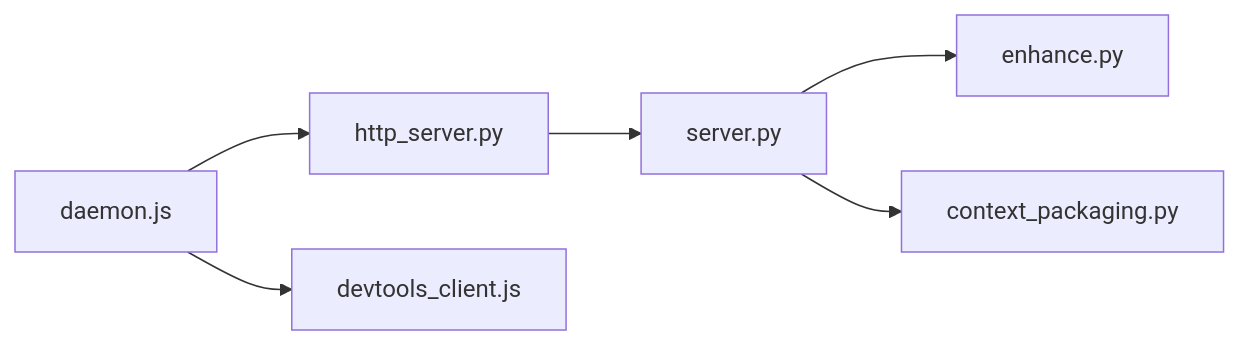
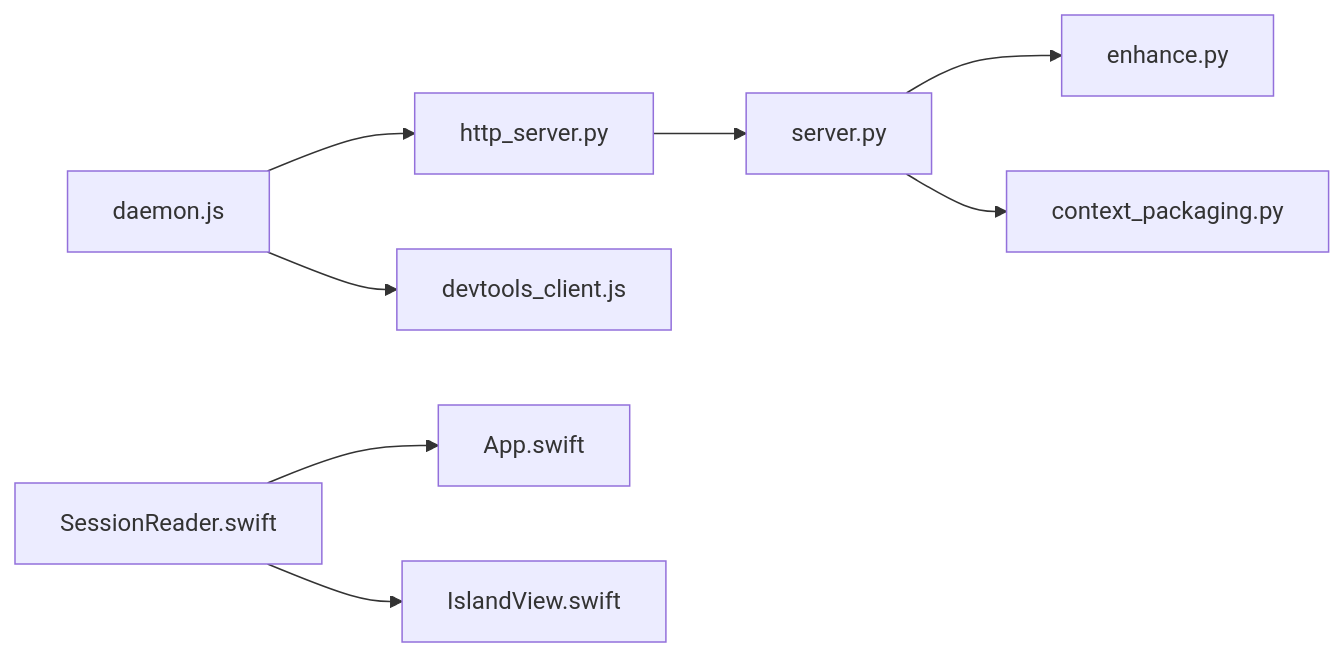
The tenth of 10 diagrams in .qoder/repowiki/zh/content/集成指南/集成指南.md (WyRainBow/PromptCocoPilot), drawn with Mermaid before and after one commit. The commit also changed other lines of this file and 134 other files, not shown here.

````diff
--- a/.qoder/repowiki/zh/content/集成指南/集成指南.md
+++ b/.qoder/repowiki/zh/content/集成指南/集成指南.md
@@ -338,8 +457,10 @@
 ```mermaid
 graph LR
 server_py["server.py"] --> enhance_py["enhance.py"]
 server_py --> context_py["context_packaging.py"]
 http_py["http_server.py"] --> server_py
 daemon_js["daemon.js"] --> devtools_client_js["devtools_client.js"]
 daemon_js --> http_py
+session_reader_swift["SessionReader.swift"] --> app_swift["App.swift"]
+session_reader_swift --> island_view_swift["IslandView.swift"]
 ```
````
